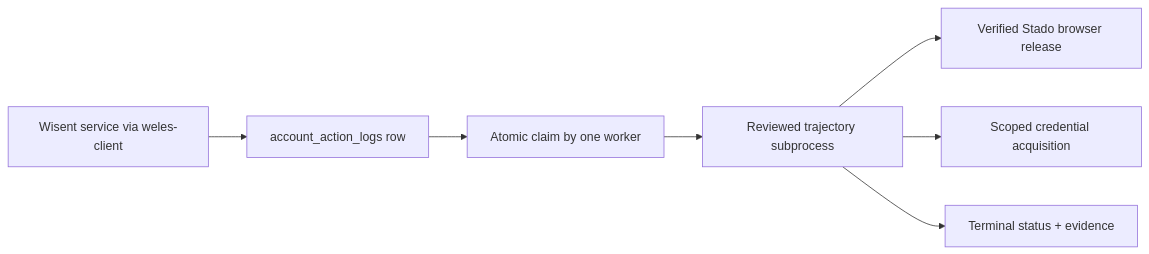
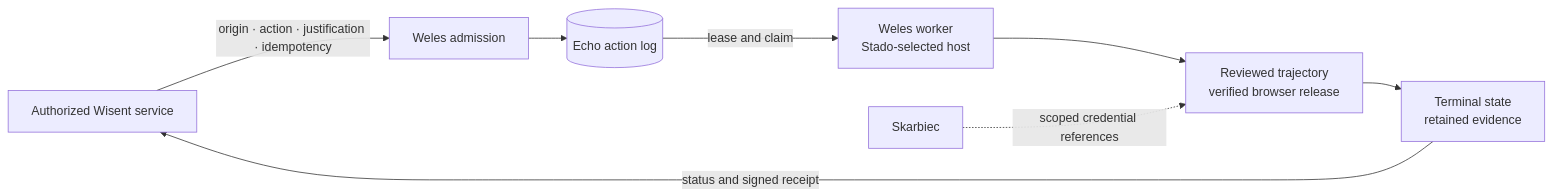
Before and after one commit to wisent-ai/weles: the diagram in README.md, drawn with Mermaid. The commit also changed other lines of this file, not shown here.

Commit message:
docs: make Weles README evidence-led

````diff
--- a/README.md
+++ b/README.md
@@ -64,9 +25,10 @@
 ```mermaid
 flowchart LR
-    Client["Wisent service via weles-client"] --> Queue["account_action_logs row"]
-    Queue --> Claim["Atomic claim by one worker"]
-    Claim --> Trajectory["Reviewed trajectory subprocess"]
-    Trajectory --> Browser["Verified Stado browser release"]
-    Trajectory --> Skarbiec["Scoped credential acquisition"]
-    Trajectory --> Result["Terminal status + evidence"]
+    caller["Authorized Wisent service"] -->|"origin · action · justification · idempotency"| admission["Weles admission"]
+    admission --> queue[("Echo action log")]
+    queue -->|"lease and claim"| worker["Weles worker<br/>Stado-selected host"]
+    worker --> trajectory["Reviewed trajectory<br/>verified browser release"]
+    skarbiec["Skarbiec"] -. "scoped credential references" .-> trajectory
+    trajectory --> evidence["Terminal state<br/>retained evidence"]
+    evidence -->|"status and signed receipt"| caller
 ```
````
